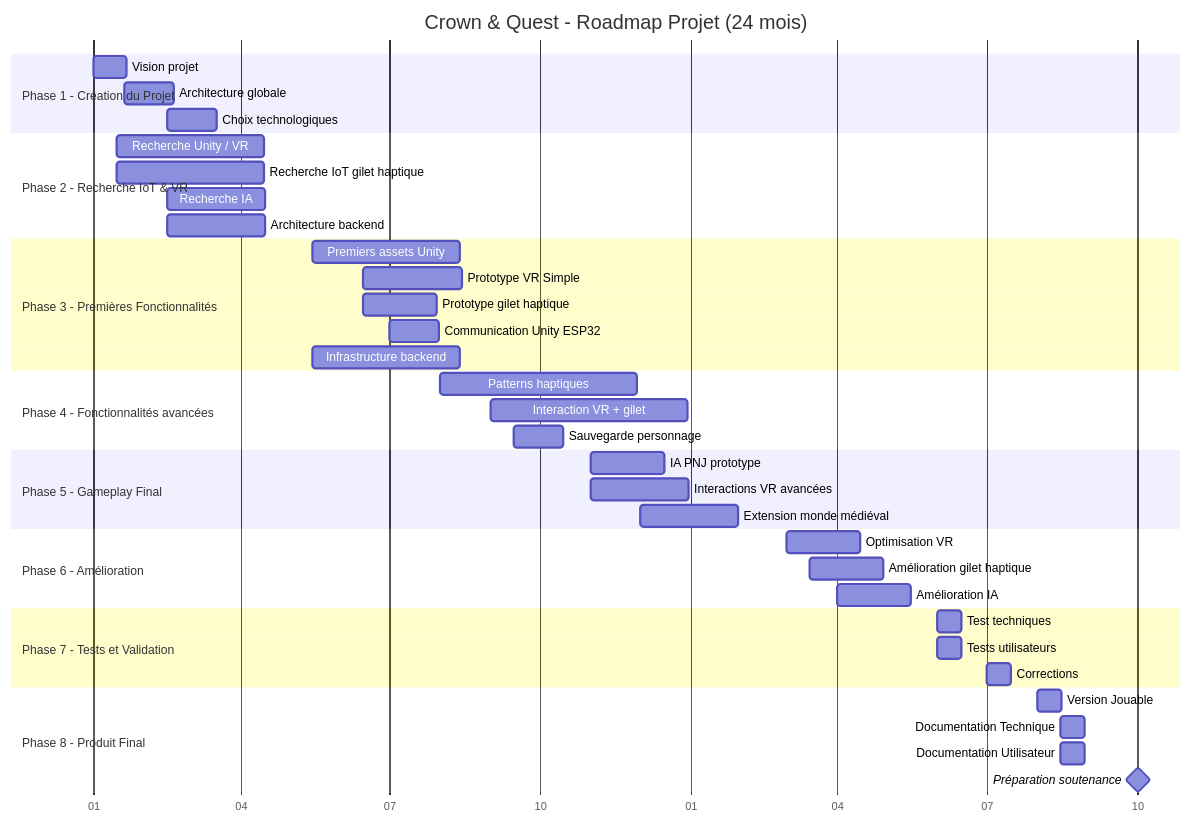
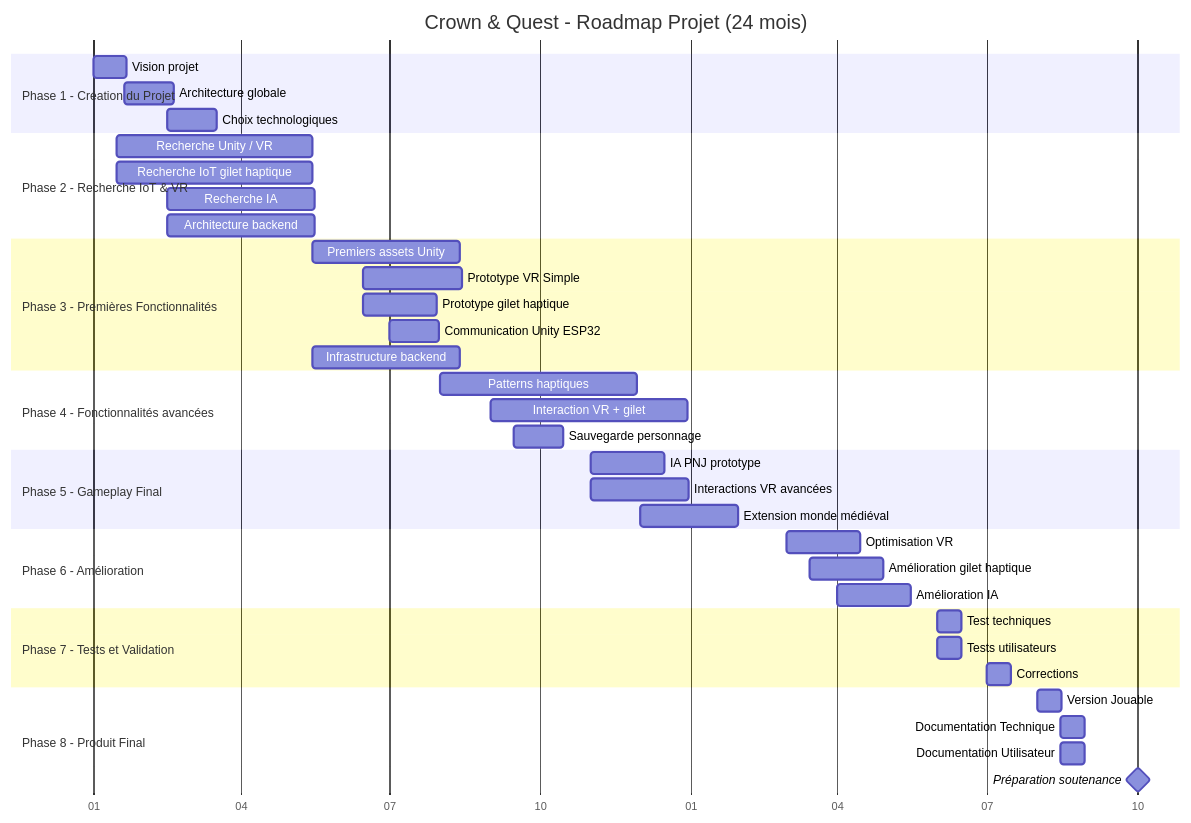
Before and after one commit to Crown-Quest/docs: the diagram in docs/Architecture/gantt.md, drawn with Mermaid.

Commit message:
doc(gantt): ajuster la durée des recherches IoT & VR

````diff
--- a/docs/Architecture/gantt.md
+++ b/docs/Architecture/gantt.md
@@ -1,50 +1,50 @@
 ```mermaid
 gantt
 title Crown & Quest - Roadmap Projet (24 mois)
 dateFormat YYYY-MM-DD
 axisFormat %m
 
 section Phase 1 - Création du Projet
 Vision projet :p1a, 2026-01-01, 20d
 Architecture globale :p1b, 2026-01-20, 30d
 Choix technologiques :p1c, 2026-02-15, 30d
 
 section Phase 2 - Recherche IoT & VR
-Recherche Unity / VR :p2a, 2026-01-15, 90d
-Recherche IoT gilet haptique :p2b, 2026-01-15, 90d
-Recherche IA :p2c, 2026-02-15, 60d
-Architecture backend :p2d, 2026-02-15, 60d
+Recherche Unity / VR :p2a, 2026-01-15, 120d
+Recherche IoT gilet haptique :p2b, 2026-01-15, 120d
+Recherche IA :p2c, 2026-02-15, 90d
+Architecture backend :p2d, 2026-02-15, 90d
 
 section Phase 3 - Premières Fonctionnalités
 Premiers assets Unity :p3a, 2026-05-15, 90d
 Prototype VR Simple :p3b, 2026-06-15, 60d
 Prototype gilet haptique :p3c, 2026-06-15, 45d
 Communication Unity ESP32 :p3d, 2026-07-01, 30d
 Infrastructure backend :p3e, 2026-05-15, 90d
 
 section Phase 4 - Fonctionnalités avancées
 Patterns haptiques :p4a, 2026-08-01, 120d
 Interaction VR + gilet :p4b, 2026-09-01, 120d
 Sauvegarde personnage :p4c, 2026-09-15, 30d
 
 section Phase 5 - Gameplay Final
 IA PNJ prototype :p5a, 2026-11-01, 45d
 Interactions VR avancées :p5b, 2026-11-01, 60d
 Extension monde médiéval :p5c, 2026-12-01, 60d
 
 section Phase 6 - Amélioration
 Optimisation VR :p6a, 2027-03-01, 45d
 Amélioration gilet haptique :p6b, 2027-03-15, 45d
 Amélioration IA :p6c, 2027-04-01, 45d
 
 section Phase 7 - Tests et Validation
 Test techniques: p7a,2027-06-01, 15d
 Tests utilisateurs :p7b, 2027-06-01, 15d
 Corrections :p7c, 2027-07-01, 15d
 
 section Phase 8 - Produit Final
 Version Jouable :p8a, 2027-08-01, 15d
 Documentation Technique :p8b, 2027-08-15, 15d
 Documentation Utilisateur :p8c, 2027-08-15, 15d
 Préparation soutenance :milestone, 2027-10-01, 1d
 ```
````
